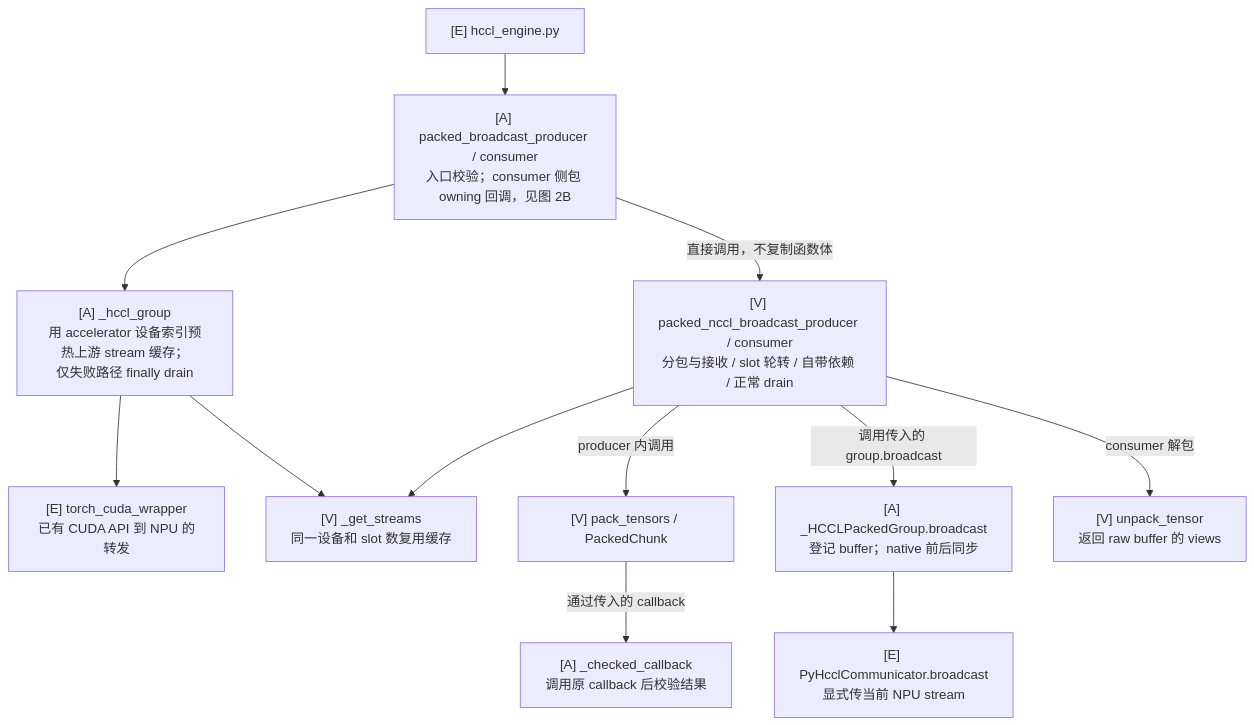
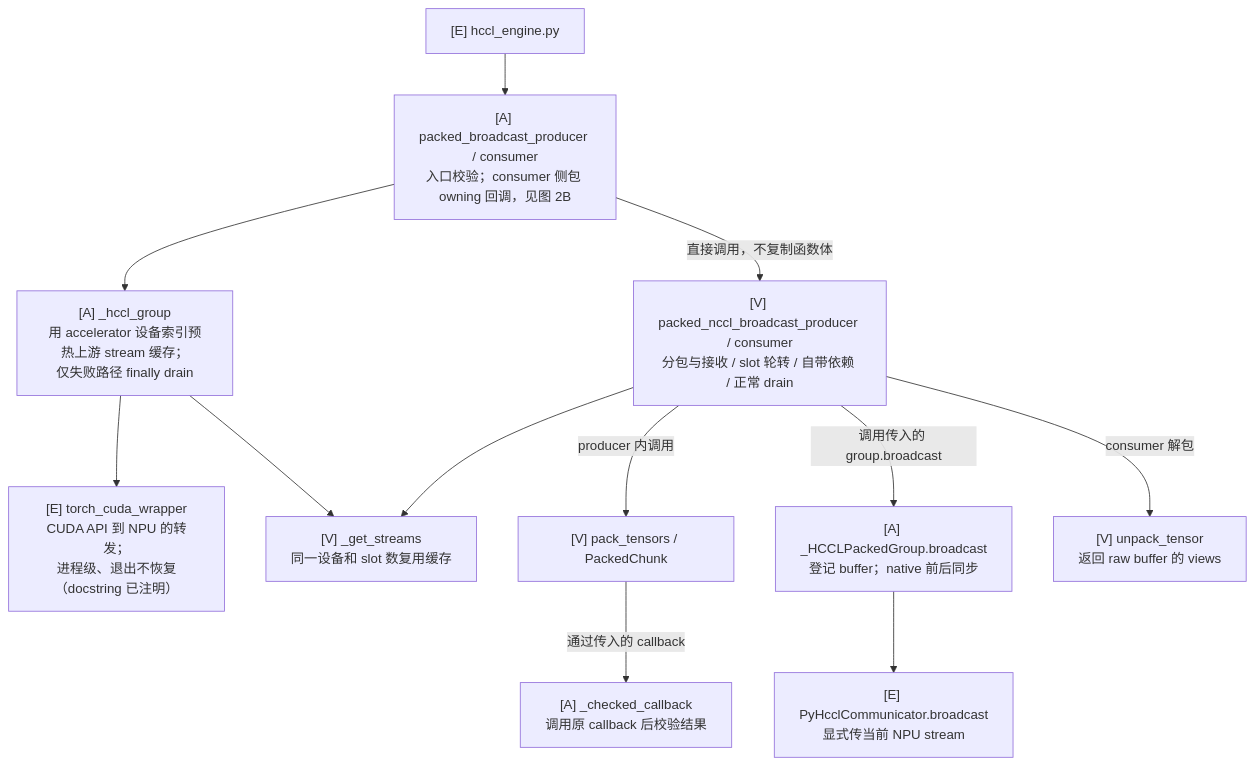
One commit to Liccol/ref-doc changed the second of 9 diagrams in vllm/weight-transfer/packed-tensor-design.md. Above: the diagram before and after it, drawn with Mermaid. The commit also changed other lines of this file and 3 other files, not shown here.

````diff
--- a/vllm/weight-transfer/packed-tensor-design.md
+++ b/vllm/weight-transfer/packed-tensor-design.md
@@ -133,14 +133,14 @@
 ```mermaid
 flowchart TD
     ENGINE["[E] hccl_engine.py"] --> ENTRY["[A] packed_broadcast_producer / consumer<br/>入口校验；consumer 侧包 owning 回调，见图 2B"]
     ENTRY --> CTX["[A] _hccl_group<br/>用 accelerator 设备索引预热上游 stream 缓存；<br/>仅失败路径 finally drain"]
-    CTX --> WRAP["[E] torch_cuda_wrapper<br/>已有 CUDA API 到 NPU 的转发"]
+    CTX --> WRAP["[E] torch_cuda_wrapper<br/>CUDA API 到 NPU 的转发；<br/>进程级、退出不恢复（docstring 已注明）"]
     CTX --> STREAMS["[V] _get_streams<br/>同一设备和 slot 数复用缓存"]
     ENTRY -->|直接调用，不复制函数体| LOOP["[V] packed_nccl_broadcast_producer / consumer<br/>分包与接收 / slot 轮转 / 自带依赖 / 正常 drain"]
     LOOP --> STREAMS
     LOOP -->|producer 内调用| PACK["[V] pack_tensors / PackedChunk"]
     PACK -->|通过传入的 callback| CHECK["[A] _checked_callback<br/>调用原 callback 后校验结果"]
     LOOP -->|调用传入的 group.broadcast| GROUP["[A] _HCCLPackedGroup.broadcast<br/>登记 buffer；native 前后同步"]
     GROUP --> NATIVE["[E] PyHcclCommunicator.broadcast<br/>显式传当前 NPU stream"]
     LOOP -->|consumer 解包| UNPACK["[V] unpack_tensor<br/>返回 raw buffer 的 views"]
 ```
````
